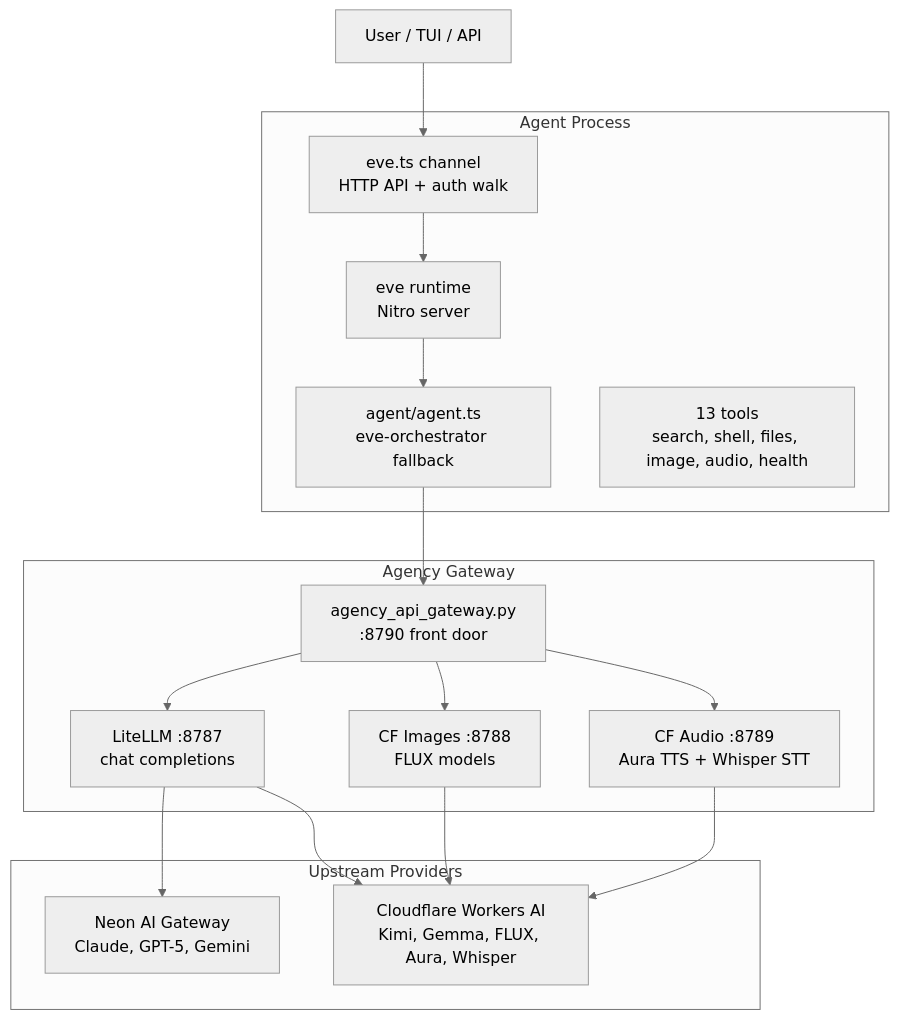
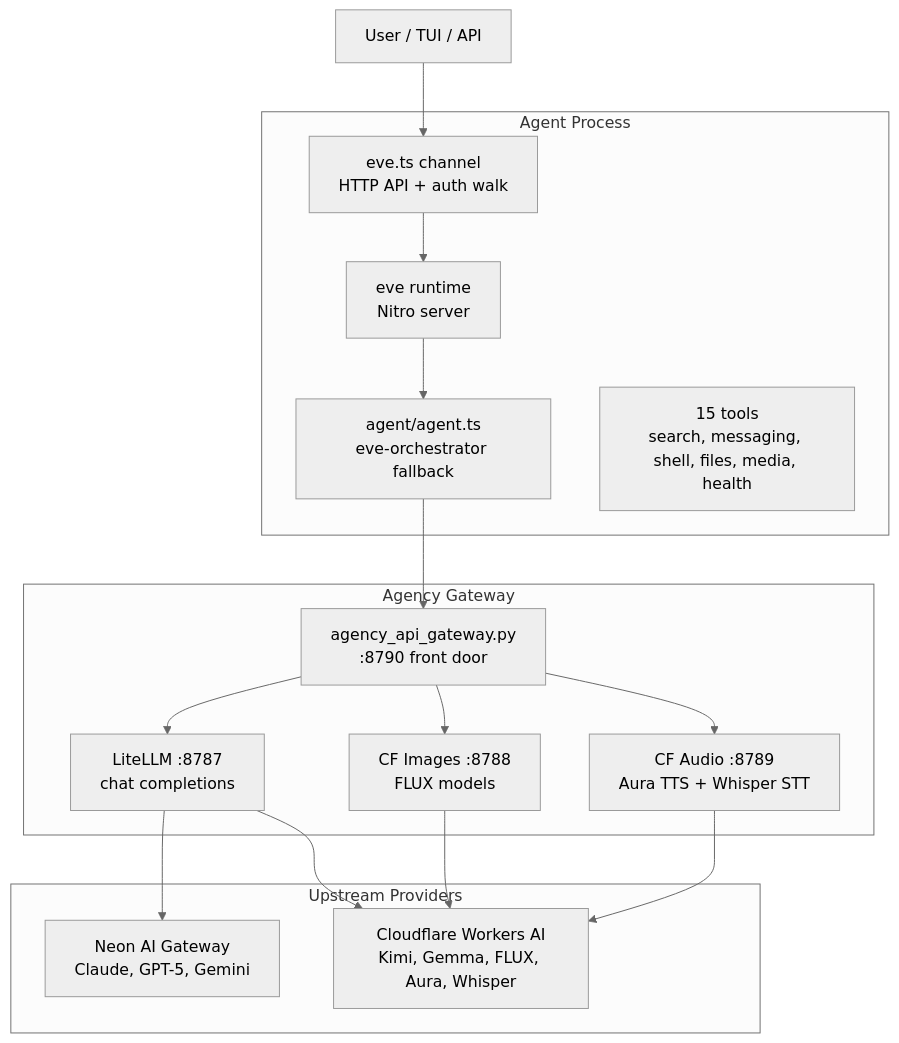
Before and after one commit to jamesnavinhill/eve: the diagram in docs/architecture.md, drawn with Mermaid (neutral theme). The commit also changed other lines of this file and 27 other files, not shown here.

Commit message:
feat(tools): add outbound messaging adapters

````diff
--- a/docs/architecture.md
+++ b/docs/architecture.md
@@ -7,28 +7,28 @@
 ```mermaid
 graph TD
     subgraph Agent Process
         EVE[eve runtime<br/>Nitro server]
         AGENT[agent/agent.ts<br/>eve-orchestrator fallback]
-        TOOLS[13 tools<br/>search, shell, files, image, audio, health]
+        TOOLS[15 tools<br/>search, messaging, shell, files, media, health]
         CH[eve.ts channel<br/>HTTP API + auth walk]
     end
 
     subgraph Agency Gateway
         GW[agency_api_gateway.py<br/>:8790 front door]
         LITELLM[LiteLLM :8787<br/>chat completions]
         IMG[CF Images :8788<br/>FLUX models]
         AUDIO[CF Audio :8789<br/>Aura TTS + Whisper STT]
     end
 
     subgraph Upstream Providers
         NEON[Neon AI Gateway<br/>Claude, GPT-5, Gemini]
         CF[Cloudflare Workers AI<br/>Kimi, Gemma, FLUX, Aura, Whisper]
     end
 
     USER[User / TUI / API] --> CH --> EVE
     EVE --> AGENT --> GW
     GW --> LITELLM --> NEON
     LITELLM --> CF
     GW --> IMG --> CF
     GW --> AUDIO --> CF
 ```
````
